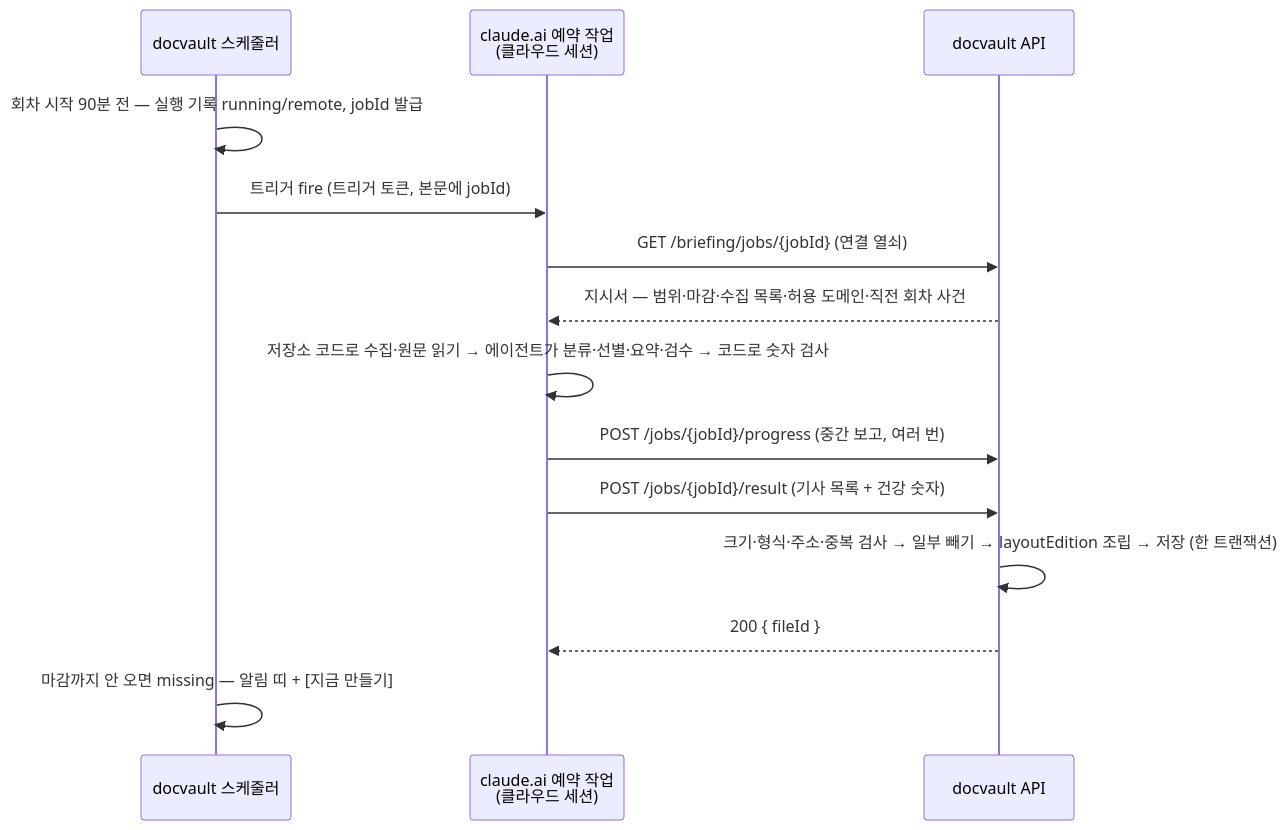
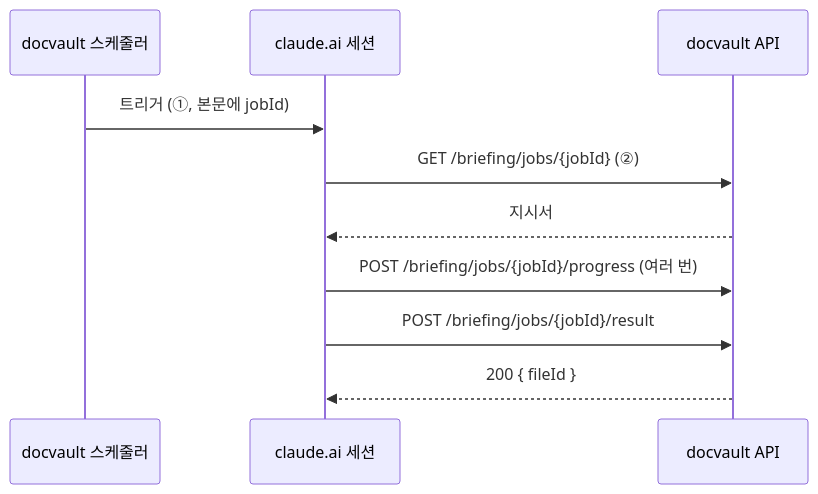
Before and after one commit to ehdwn009/docvault: the third of 3 diagrams in docs/design/뉴스브리핑_docvault_20261001.md, drawn with Mermaid. The commit also changed other lines of this file and 4 other files, not shown here.

````diff
--- a/docs/design/뉴스브리핑_docvault_20261001.md
+++ b/docs/design/뉴스브리핑_docvault_20261001.md
@@ -435,16 +471,12 @@
 ```mermaid
 sequenceDiagram
     participant S as docvault 스케줄러
-    participant C as claude.ai 예약 작업<br/>(클라우드 세션)
+    participant C as claude.ai 세션
     participant D as docvault API
-    S->>S: 회차 시작 90분 전 — 실행 기록 running/remote, jobId 발급
-    S->>C: 트리거 fire (트리거 토큰, 본문에 jobId)
-    C->>D: GET /briefing/jobs/{jobId} (연결 열쇠)
-    D-->>C: 지시서 — 범위·마감·수집 목록·허용 도메인·직전 회차 사건
-    C->>C: 저장소 코드로 수집·원문 읽기 → 에이전트가 분류·선별·요약·검수 → 코드로 숫자 검사
-    C->>D: POST /jobs/{jobId}/progress (중간 보고, 여러 번)
-    C->>D: POST /jobs/{jobId}/result (기사 목록 + 건강 숫자)
-    D->>D: 크기·형식·주소·중복 검사 → 일부 빼기 → layoutEdition 조립 → 저장 (한 트랜잭션)
+    S->>C: 트리거 (①, 본문에 jobId)
+    C->>D: GET /briefing/jobs/{jobId} (②)
+    D-->>C: 지시서
+    C->>D: POST /briefing/jobs/{jobId}/progress (여러 번)
+    C->>D: POST /briefing/jobs/{jobId}/result
     D-->>C: 200 { fileId }
-    S->>S: 마감까지 안 오면 missing — 알림 띠 + [지금 만들기]
 ```
````
